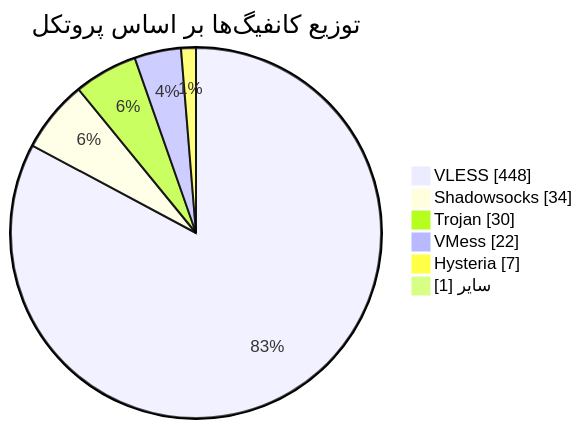
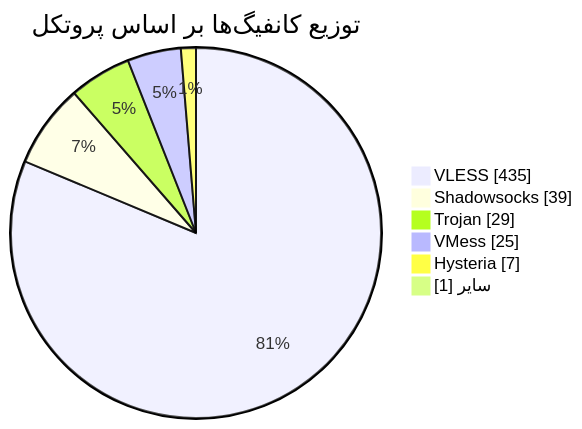
One commit to Arian-Alijani/Somthing changed the diagram in README.md. Above: the diagram before and after it, drawn with Mermaid. The commit also changed other lines of this file and 69 other files, not shown here.

````diff
--- a/README.md
+++ b/README.md
@@ -48,10 +48,10 @@
 ```mermaid
 pie showData
     title توزیع کانفیگ‌ها بر اساس پروتکل
-    "VLESS" : 448
-    "Shadowsocks" : 34
-    "Trojan" : 30
-    "VMess" : 22
+    "VLESS" : 435
+    "Shadowsocks" : 39
+    "Trojan" : 29
+    "VMess" : 25
     "Hysteria" : 7
     "سایر" : 1
 ```
````
